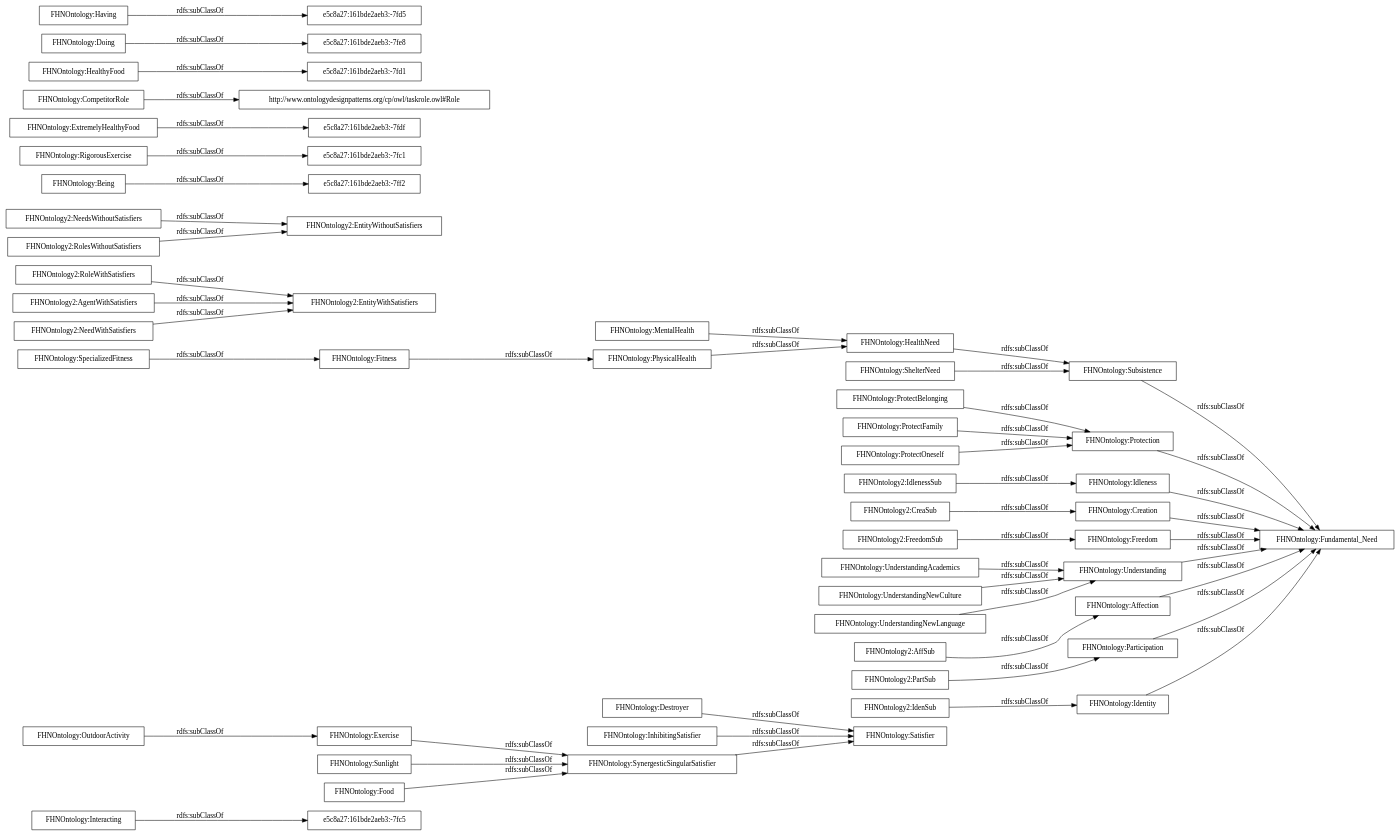
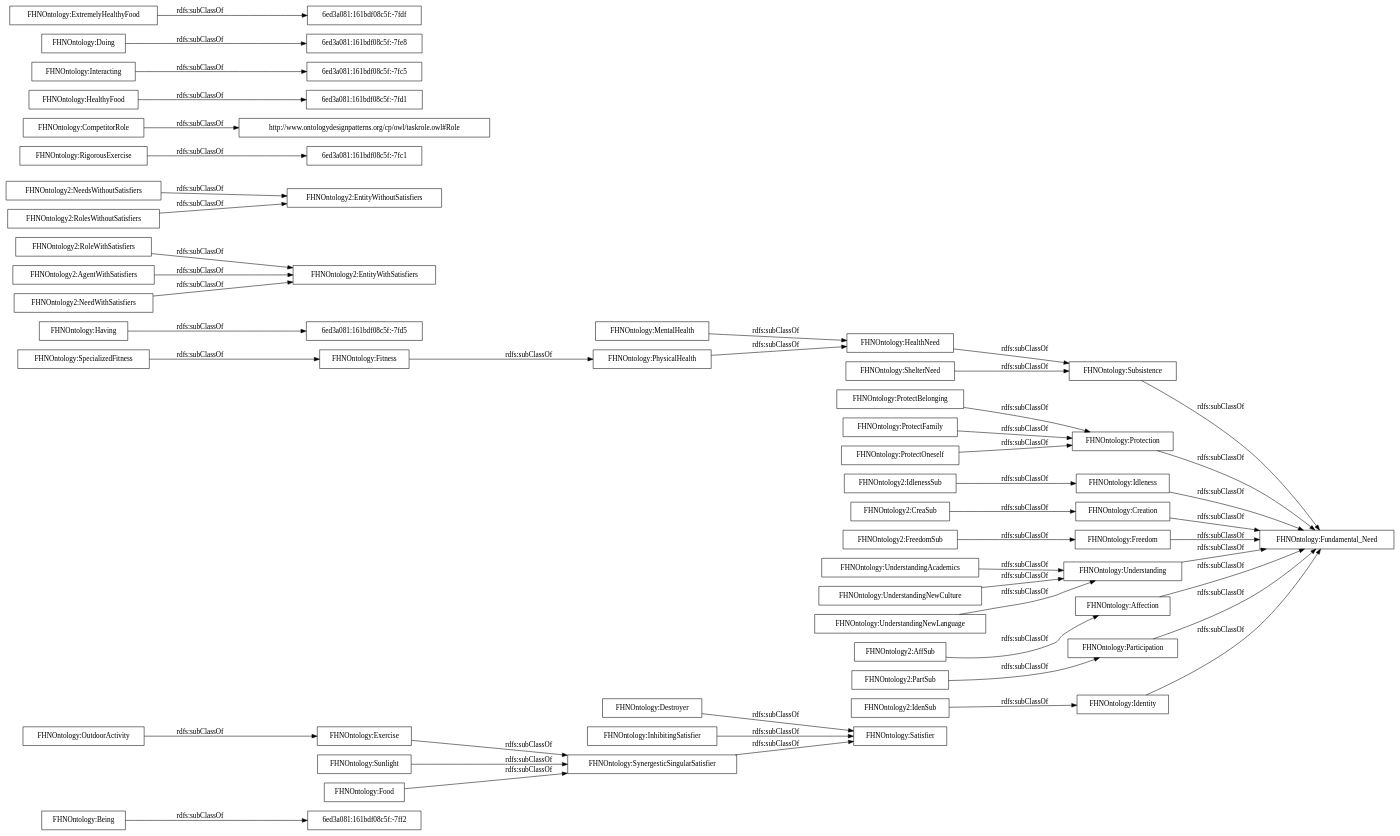
The diagram in OnToology/FHNOntology.owl/diagrams/ar2dtool-taxonomy/FHNOntology.owl.png.dot (OnToologyUser/Propsed-Ontology-Huam-Affective-States-Ontology-and-their-influences-HASIO-), drawn with Graphviz before and after one commit. The commit also changed 61 other files, not shown here.

```diff
--- a/OnToology/FHNOntology.owl/diagrams/ar2dtool-taxonomy/FHNOntology.owl.png.dot
+++ b/OnToology/FHNOntology.owl/diagrams/ar2dtool-taxonomy/FHNOntology.owl.png.dot
@@ -1,53 +1,53 @@
 digraph ar2dtool_diagram { 
 rankdir=LR;
 size="1000"
-node [shape = rectangle, color="black"]; "e5c8a27:161bde2aeb3:-7fc5" "FHNOntology:SynergesticSingularSatisfier" "FHNOntology:Identity" "FHNOntology2:EntityWithSatisfiers" "FHNOntology2:FreedomSub" "FHNOntology2:NeedsWithoutSatisfiers" "FHNOntology:Exercise" "FHNOntology:ProtectBelonging" "e5c8a27:161bde2aeb3:-7ff2" "FHNOntology:ProtectFamily" "FHNOntology:Destroyer" "FHNOntology2:IdenSub" "FHNOntology:Subsistence" "FHNOntology:OutdoorActivity" "FHNOntology2:RolesWithoutSatisfiers" "FHNOntology2:CreaSub" "FHNOntology:RigorousExercise" "FHNOntology2:PartSub" "FHNOntology2:RoleWithSatisfiers" "FHNOntology:Fitness" "FHNOntology:Protection" "FHNOntology:Fundamental_Need" "FHNOntology:SpecializedFitness" "e5c8a27:161bde2aeb3:-7fdf" "FHNOntology2:EntityWithoutSatisfiers" "FHNOntology2:IdlenessSub" "http://www.ontologydesignpatterns.org/cp/owl/taskrole.owl#Role" "FHNOntology:UnderstandingAcademics" "FHNOntology:InhibitingSatisfier" "FHNOntology:Idleness" "e5c8a27:161bde2aeb3:-7fd1" "FHNOntology:Creation" "e5c8a27:161bde2aeb3:-7fc1" "FHNOntology:Being" "FHNOntology:Freedom" "FHNOntology:UnderstandingNewCulture" "FHNOntology:MentalHealth" "FHNOntology:Understanding" "FHNOntology:HealthyFood" "FHNOntology:Affection" "FHNOntology:Satisfier" "FHNOntology2:AgentWithSatisfiers" "e5c8a27:161bde2aeb3:-7fe8" "FHNOntology:UnderstandingNewLanguage" "FHNOntology:HealthNeed" "FHNOntology2:NeedWithSatisfiers" "FHNOntology:PhysicalHealth" "FHNOntology:Doing" "FHNOntology:Interacting" "FHNOntology2:AffSub" "e5c8a27:161bde2aeb3:-7fd5" "FHNOntology:ShelterNeed" "FHNOntology:CompetitorRole" "FHNOntology:Having" "FHNOntology:ProtectOneself" "FHNOntology:Sunlight" "FHNOntology:Food" "FHNOntology:Participation" "FHNOntology:ExtremelyHealthyFood" ; /*classes style*/
-	"FHNOntology:Interacting" -> "e5c8a27:161bde2aeb3:-7fc5" [ label = "rdfs:subClassOf" ];
+node [shape = rectangle, color="black"]; "6ed3a081:161bdf08c5f:-7ff2" "FHNOntology:SynergesticSingularSatisfier" "FHNOntology:Identity" "6ed3a081:161bdf08c5f:-7fd5" "FHNOntology2:EntityWithSatisfiers" "FHNOntology2:FreedomSub" "FHNOntology2:NeedsWithoutSatisfiers" "FHNOntology:Exercise" "FHNOntology:ProtectBelonging" "FHNOntology:ProtectFamily" "FHNOntology:Destroyer" "FHNOntology2:IdenSub" "FHNOntology:Subsistence" "FHNOntology:OutdoorActivity" "FHNOntology2:RolesWithoutSatisfiers" "FHNOntology2:CreaSub" "FHNOntology:RigorousExercise" "FHNOntology2:PartSub" "FHNOntology2:RoleWithSatisfiers" "FHNOntology:Fitness" "FHNOntology:Protection" "6ed3a081:161bdf08c5f:-7fc1" "FHNOntology:Fundamental_Need" "FHNOntology:SpecializedFitness" "FHNOntology2:EntityWithoutSatisfiers" "FHNOntology2:IdlenessSub" "http://www.ontologydesignpatterns.org/cp/owl/taskrole.owl#Role" "FHNOntology:UnderstandingAcademics" "FHNOntology:InhibitingSatisfier" "FHNOntology:Idleness" "FHNOntology:Creation" "FHNOntology:Being" "FHNOntology:Freedom" "FHNOntology:UnderstandingNewCulture" "FHNOntology:MentalHealth" "FHNOntology:Understanding" "FHNOntology:HealthyFood" "6ed3a081:161bdf08c5f:-7fc5" "FHNOntology:Affection" "FHNOntology:Satisfier" "6ed3a081:161bdf08c5f:-7fe8" "FHNOntology2:AgentWithSatisfiers" "6ed3a081:161bdf08c5f:-7fd1" "FHNOntology:UnderstandingNewLanguage" "FHNOntology:HealthNeed" "FHNOntology2:NeedWithSatisfiers" "FHNOntology:PhysicalHealth" "FHNOntology:Doing" "FHNOntology:Interacting" "6ed3a081:161bdf08c5f:-7fdf" "FHNOntology2:AffSub" "FHNOntology:ShelterNeed" "FHNOntology:CompetitorRole" "FHNOntology:Having" "FHNOntology:ProtectOneself" "FHNOntology:Sunlight" "FHNOntology:Food" "FHNOntology:Participation" "FHNOntology:ExtremelyHealthyFood" ; /*classes style*/
+	"FHNOntology:Interacting" -> "6ed3a081:161bdf08c5f:-7fc5" [ label = "rdfs:subClassOf" ];
 	"FHNOntology:UnderstandingNewCulture" -> "FHNOntology:Understanding" [ label = "rdfs:subClassOf" ];
 	"FHNOntology:PhysicalHealth" -> "FHNOntology:HealthNeed" [ label = "rdfs:subClassOf" ];
 	"FHNOntology:Creation" -> "FHNOntology:Fundamental_Need" [ label = "rdfs:subClassOf" ];
 	"FHNOntology:Exercise" -> "FHNOntology:SynergesticSingularSatisfier" [ label = "rdfs:subClassOf" ];
 	"FHNOntology:Food" -> "FHNOntology:SynergesticSingularSatisfier" [ label = "rdfs:subClassOf" ];
 	"FHNOntology:Affection" -> "FHNOntology:Fundamental_Need" [ label = "rdfs:subClassOf" ];
 	"FHNOntology:Identity" -> "FHNOntology:Fundamental_Need" [ label = "rdfs:subClassOf" ];
 	"FHNOntology:UnderstandingAcademics" -> "FHNOntology:Understanding" [ label = "rdfs:subClassOf" ];
 	"FHNOntology2:FreedomSub" -> "FHNOntology:Freedom" [ label = "rdfs:subClassOf" ];
 	"FHNOntology2:RolesWithoutSatisfiers" -> "FHNOntology2:EntityWithoutSatisfiers" [ label = "rdfs:subClassOf" ];
 	"FHNOntology:InhibitingSatisfier" -> "FHNOntology:Satisfier" [ label = "rdfs:subClassOf" ];
-	"FHNOntology:Being" -> "e5c8a27:161bde2aeb3:-7ff2" [ label = "rdfs:subClassOf" ];
+	"FHNOntology:Being" -> "6ed3a081:161bdf08c5f:-7ff2" [ label = "rdfs:subClassOf" ];
 	"FHNOntology2:NeedWithSatisfiers" -> "FHNOntology2:EntityWithSatisfiers" [ label = "rdfs:subClassOf" ];
 	"FHNOntology:Subsistence" -> "FHNOntology:Fundamental_Need" [ label = "rdfs:subClassOf" ];
 	"FHNOntology:Participation" -> "FHNOntology:Fundamental_Need" [ label = "rdfs:subClassOf" ];
-	"FHNOntology:Doing" -> "e5c8a27:161bde2aeb3:-7fe8" [ label = "rdfs:subClassOf" ];
+	"FHNOntology:Doing" -> "6ed3a081:161bdf08c5f:-7fe8" [ label = "rdfs:subClassOf" ];
 	"FHNOntology:SpecializedFitness" -> "FHNOntology:Fitness" [ label = "rdfs:subClassOf" ];
 	"FHNOntology:ShelterNeed" -> "FHNOntology:Subsistence" [ label = "rdfs:subClassOf" ];
 	"FHNOntology:Understanding" -> "FHNOntology:Fundamental_Need" [ label = "rdfs:subClassOf" ];
 	"FHNOntology:Fitness" -> "FHNOntology:PhysicalHealth" [ label = "rdfs:subClassOf" ];
 	"FHNOntology:UnderstandingNewLanguage" -> "FHNOntology:Understanding" [ label = "rdfs:subClassOf" ];
 	"FHNOntology:Destroyer" -> "FHNOntology:Satisfier" [ label = "rdfs:subClassOf" ];
 	"FHNOntology2:RoleWithSatisfiers" -> "FHNOntology2:EntityWithSatisfiers" [ label = "rdfs:subClassOf" ];
 	"FHNOntology:CompetitorRole" -> "http://www.ontologydesignpatterns.org/cp/owl/taskrole.owl#Role" [ label = "rdfs:subClassOf" ];
 	"FHNOntology:ProtectFamily" -> "FHNOntology:Protection" [ label = "rdfs:subClassOf" ];
 	"FHNOntology:MentalHealth" -> "FHNOntology:HealthNeed" [ label = "rdfs:subClassOf" ];
 	"FHNOntology2:AgentWithSatisfiers" -> "FHNOntology2:EntityWithSatisfiers" [ label = "rdfs:subClassOf" ];
 	"FHNOntology2:PartSub" -> "FHNOntology:Participation" [ label = "rdfs:subClassOf" ];
 	"FHNOntology2:NeedsWithoutSatisfiers" -> "FHNOntology2:EntityWithoutSatisfiers" [ label = "rdfs:subClassOf" ];
 	"FHNOntology:Protection" -> "FHNOntology:Fundamental_Need" [ label = "rdfs:subClassOf" ];
 	"FHNOntology2:IdlenessSub" -> "FHNOntology:Idleness" [ label = "rdfs:subClassOf" ];
 	"FHNOntology:ProtectOneself" -> "FHNOntology:Protection" [ label = "rdfs:subClassOf" ];
 	"FHNOntology2:IdenSub" -> "FHNOntology:Identity" [ label = "rdfs:subClassOf" ];
 	"FHNOntology2:AffSub" -> "FHNOntology:Affection" [ label = "rdfs:subClassOf" ];
 	"FHNOntology:SynergesticSingularSatisfier" -> "FHNOntology:Satisfier" [ label = "rdfs:subClassOf" ];
 	"FHNOntology:OutdoorActivity" -> "FHNOntology:Exercise" [ label = "rdfs:subClassOf" ];
 	"FHNOntology:Freedom" -> "FHNOntology:Fundamental_Need" [ label = "rdfs:subClassOf" ];
 	"FHNOntology:HealthNeed" -> "FHNOntology:Subsistence" [ label = "rdfs:subClassOf" ];
 	"FHNOntology2:CreaSub" -> "FHNOntology:Creation" [ label = "rdfs:subClassOf" ];
-	"FHNOntology:RigorousExercise" -> "e5c8a27:161bde2aeb3:-7fc1" [ label = "rdfs:subClassOf" ];
-	"FHNOntology:ExtremelyHealthyFood" -> "e5c8a27:161bde2aeb3:-7fdf" [ label = "rdfs:subClassOf" ];
-	"FHNOntology:Having" -> "e5c8a27:161bde2aeb3:-7fd5" [ label = "rdfs:subClassOf" ];
+	"FHNOntology:RigorousExercise" -> "6ed3a081:161bdf08c5f:-7fc1" [ label = "rdfs:subClassOf" ];
+	"FHNOntology:ExtremelyHealthyFood" -> "6ed3a081:161bdf08c5f:-7fdf" [ label = "rdfs:subClassOf" ];
+	"FHNOntology:Having" -> "6ed3a081:161bdf08c5f:-7fd5" [ label = "rdfs:subClassOf" ];
 	"FHNOntology:Idleness" -> "FHNOntology:Fundamental_Need" [ label = "rdfs:subClassOf" ];
 	"FHNOntology:ProtectBelonging" -> "FHNOntology:Protection" [ label = "rdfs:subClassOf" ];
 	"FHNOntology:Sunlight" -> "FHNOntology:SynergesticSingularSatisfier" [ label = "rdfs:subClassOf" ];
-	"FHNOntology:HealthyFood" -> "e5c8a27:161bde2aeb3:-7fd1" [ label = "rdfs:subClassOf" ];
+	"FHNOntology:HealthyFood" -> "6ed3a081:161bdf08c5f:-7fd1" [ label = "rdfs:subClassOf" ];
 
 }
```
